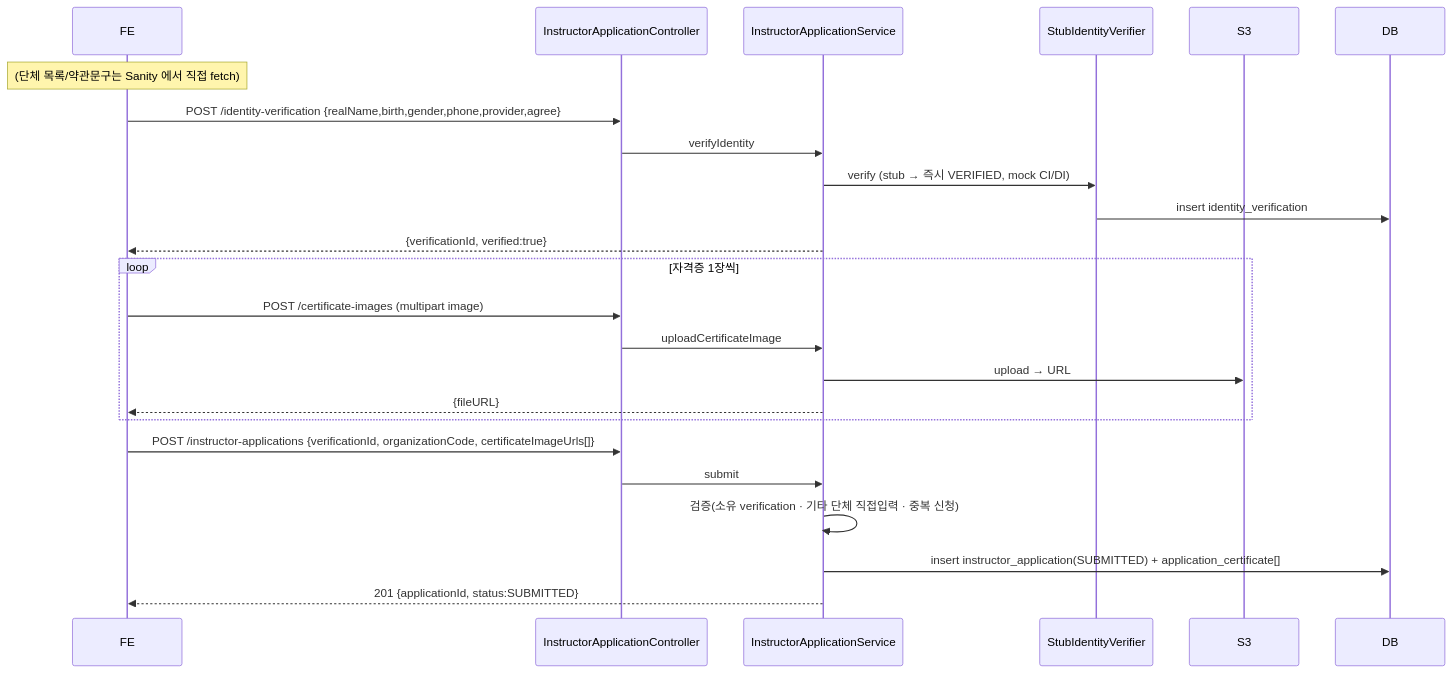
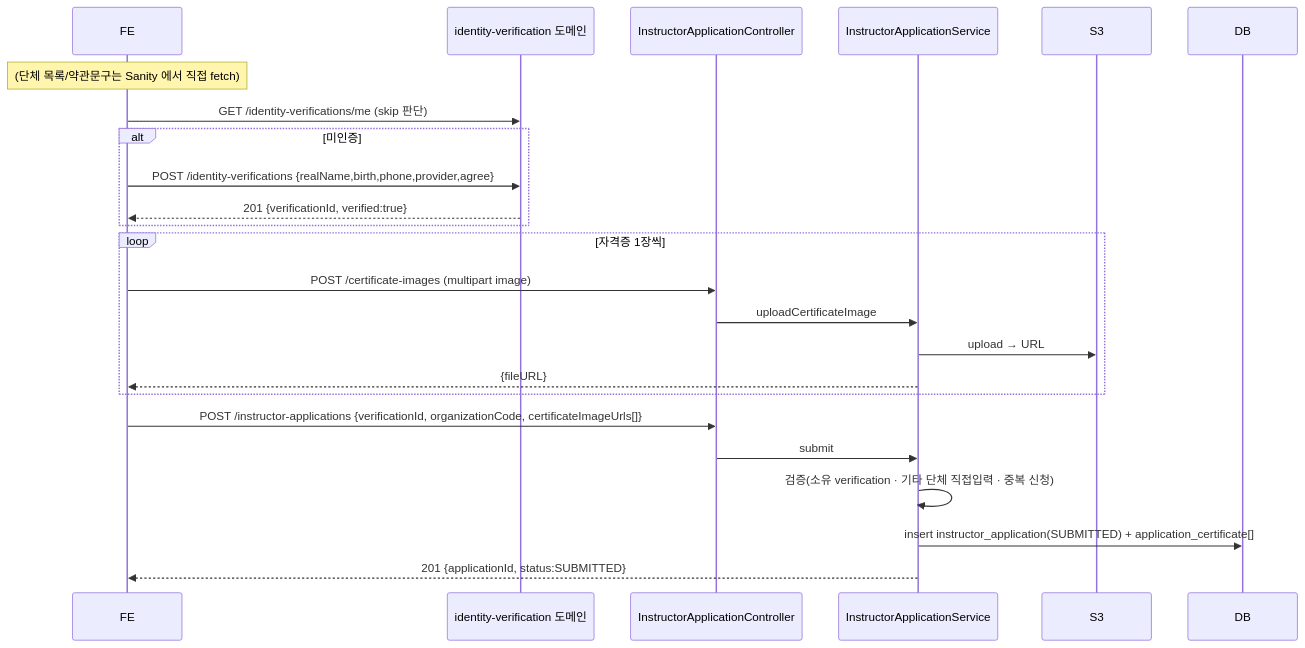
The second of 4 diagrams in docs/architecture/instructor-application.md (pungdong/Pungdong-Backend), drawn with Mermaid before and after one commit. The commit also changed other lines of this file and 5 other files, not shown here.

First line of the commit message:
Docs: 본인확인 도메인 승격 반영 (identity-verification.md + types.ts + 도메인 CLAUDE)

````diff
--- a/docs/architecture/instructor-application.md
+++ b/docs/architecture/instructor-application.md
@@ -72,29 +71,29 @@
 ```mermaid
 sequenceDiagram
     participant FE
+    participant IDV as identity-verification 도메인
     participant UC as InstructorApplicationController
     participant SVC as InstructorApplicationService
-    participant IDV as StubIdentityVerifier
     participant S3
     participant DB
 
     Note over FE: (단체 목록/약관문구는 Sanity 에서 직접 fetch)
-    FE->>UC: POST /identity-verification {realName,birth,gender,phone,provider,agree}
-    UC->>SVC: verifyIdentity
-    SVC->>IDV: verify (stub → 즉시 VERIFIED, mock CI/DI)
-    IDV->>DB: insert identity_verification
-    SVC-->>FE: {verificationId, verified:true}
+    FE->>IDV: GET /identity-verifications/me (skip 판단)
+    alt 미인증
+        FE->>IDV: POST /identity-verifications {realName,birth,phone,provider,agree}
+        IDV-->>FE: 201 {verificationId, verified:true}
+    end
 
     loop 자격증 1장씩
         FE->>UC: POST /certificate-images (multipart image)
         UC->>SVC: uploadCertificateImage
         SVC->>S3: upload → URL
         SVC-->>FE: {fileURL}
     end
 
     FE->>UC: POST /instructor-applications {verificationId, organizationCode, certificateImageUrls[]}
     UC->>SVC: submit
     SVC->>SVC: 검증(소유 verification · 기타 단체 직접입력 · 중복 신청)
     SVC->>DB: insert instructor_application(SUBMITTED) + application_certificate[]
     SVC-->>FE: 201 {applicationId, status:SUBMITTED}
 ```
````
